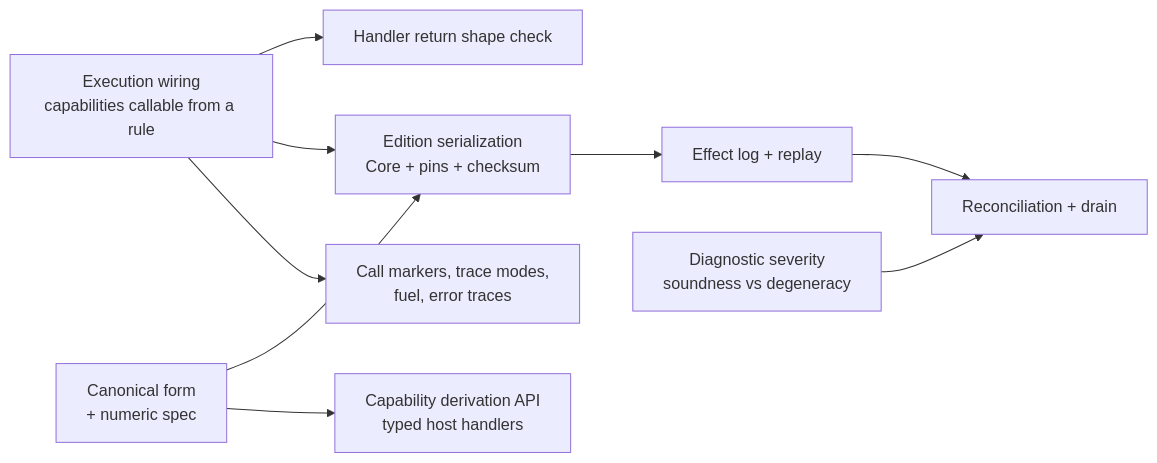
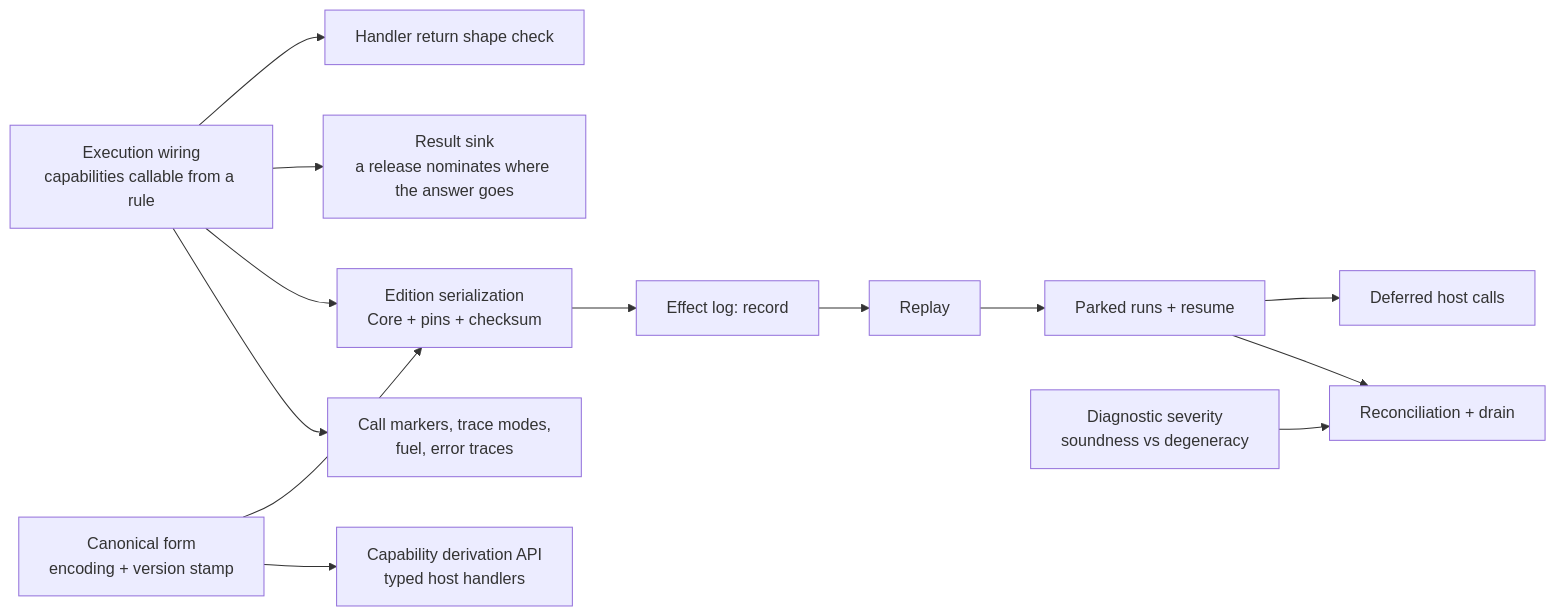
Before and after one commit to txsmith/klein: the diagram in docs/host-integration-roadmap.md, drawn with Mermaid. The commit also changed other lines of this file and 7 other files, not shown here.

Commit message:
Dissolve TODO.md into the roadmap, split persistence into four items, and de-jargon the callable-capabilities design docs

````diff
--- a/docs/host-integration-roadmap.md
+++ b/docs/host-integration-roadmap.md
@@ -18,23 +19,31 @@
 ```mermaid
 graph LR
     EXEC["Execution wiring<br/>capabilities callable from a rule"]
     SHAPE["Handler return shape check"]
+    SINK["Result sink<br/>a release nominates where the answer goes"]
     DERIVE["Capability derivation API<br/>typed host handlers"]
 
-    CANON["Canonical form<br/>+ numeric spec"]
+    CANON["Canonical form<br/>encoding + version stamp"]
     ED["Edition serialization<br/>Core + pins + checksum"]
-    LOG["Effect log + replay"]
+    LOGREC["Effect log: record"]
+    REPLAY["Replay"]
+    PARK["Parked runs + resume"]
+    DEFER["Deferred host calls"]
     SEV["Diagnostic severity<br/>soundness vs degeneracy"]
     RECON["Reconciliation + drain"]
 
     TRACE["Call markers, trace modes,<br/>fuel, error traces"]
 
     EXEC --> SHAPE
+    EXEC --> SINK
     EXEC --> ED
     CANON --> ED
     CANON --> DERIVE
-    ED --> LOG
-    LOG --> RECON
+    ED --> LOGREC
+    LOGREC --> REPLAY
+    REPLAY --> PARK
+    PARK --> DEFER
+    PARK --> RECON
     SEV --> RECON
     EXEC --> TRACE
 ```
````
